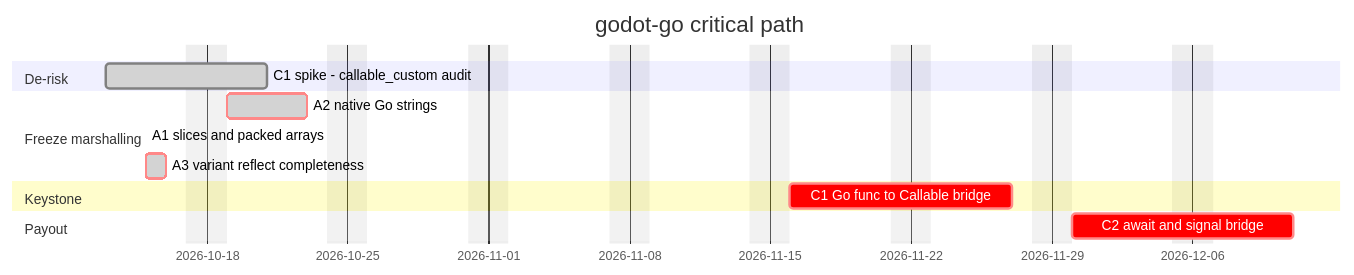
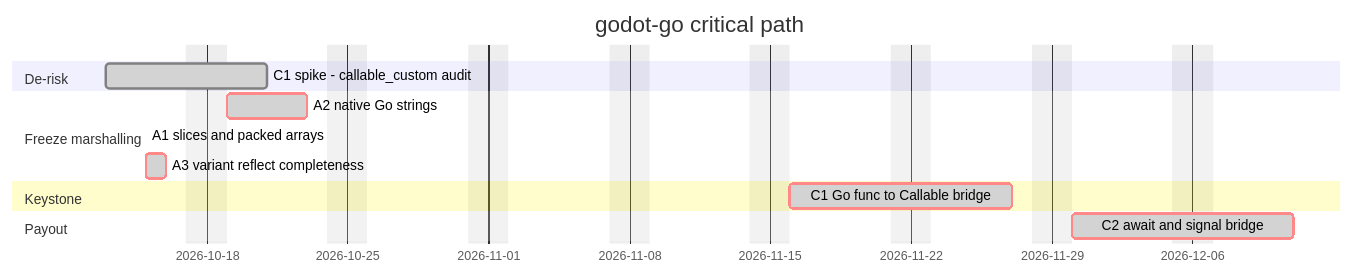
The second of 2 diagrams in docs/roadmap.md (godot-go/godot-go), drawn with Mermaid before and after one commit. The commit also changed other lines of this file and 17 other files, not shown here.

````diff
--- a/docs/roadmap.md
+++ b/docs/roadmap.md
@@ -332,16 +341,16 @@
 ```mermaid
 gantt
     title godot-go critical path
     dateFormat YYYY-MM-DD
     excludes weekends
     section De-risk
     C1 spike - callable_custom audit   :done, s1, 2026-10-13, 2026-10-21
     section Freeze marshalling
     A2 native Go strings               :done, crit, s2, 2026-10-19, 2026-10-23
     A1 slices and packed arrays        :done, crit, s3, 2026-10-15, 2026-10-15
     A3 variant reflect completeness    :done, crit, s4, 2026-10-15, 2026-10-16
     section Keystone
-    C1 Go func to Callable bridge      :crit, s5, 2026-11-16, 2026-11-27
+    C1 Go func to Callable bridge      :done, crit, s5, 2026-11-16, 2026-11-27
     section Payout
-    C2 await and signal bridge         :crit, s6, 2026-11-30, 2026-12-11
+    C2 await and signal bridge         :done, crit, s6, 2026-11-30, 2026-12-11
 ```
````
